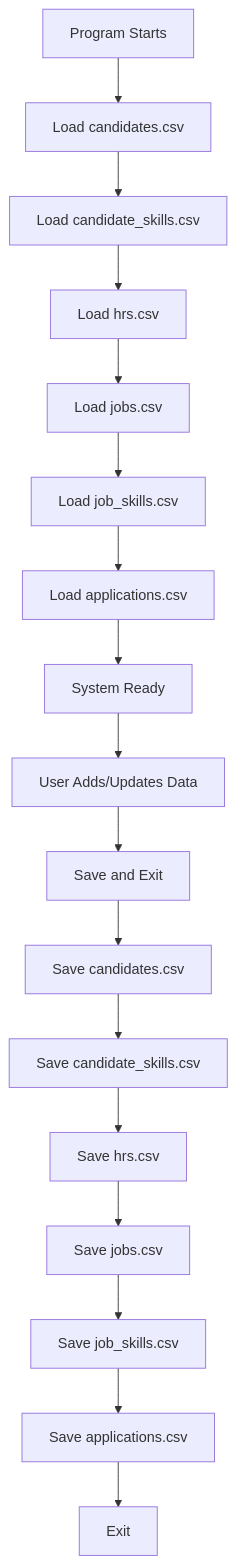
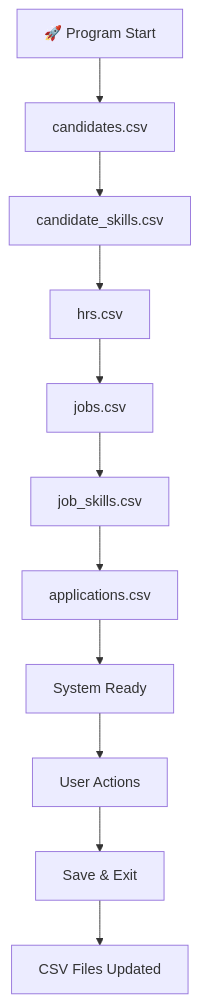
One commit to Muhammad-Sami-Ullah53/AI_Based_Mini_Linkedin changed the fourth of 4 diagrams in README.md. Above: the diagram before and after it, drawn with Mermaid. The commit also changed other lines of this file, not shown here.

````diff
--- a/README.md
+++ b/README.md
@@ -529,21 +708,25 @@
 ```mermaid
 flowchart TD
 
-A[Program Starts] --> B[Load candidates.csv]
-B --> C[Load candidate_skills.csv]
-C --> D[Load hrs.csv]
-D --> E[Load jobs.csv]
-E --> F[Load job_skills.csv]
-F --> G[Load applications.csv]
-G --> H[System Ready]
+A[🚀 Program Start]
 
-H --> I[User Adds/Updates Data]
-I --> J[Save and Exit]
-J --> K[Save candidates.csv]
-K --> L[Save candidate_skills.csv]
-L --> M[Save hrs.csv]
-M --> N[Save jobs.csv]
-N --> O[Save job_skills.csv]
-O --> P[Save applications.csv]
-P --> Q[Exit]
+--> B[candidates.csv]
+
+--> C[candidate_skills.csv]
+
+--> D[hrs.csv]
+
+--> E[jobs.csv]
+
+--> F[job_skills.csv]
+
+--> G[applications.csv]
+
+--> H[System Ready]
+
+H --> I[User Actions]
+
+I --> J[Save & Exit]
+
+J --> K[CSV Files Updated]
 ```
````
